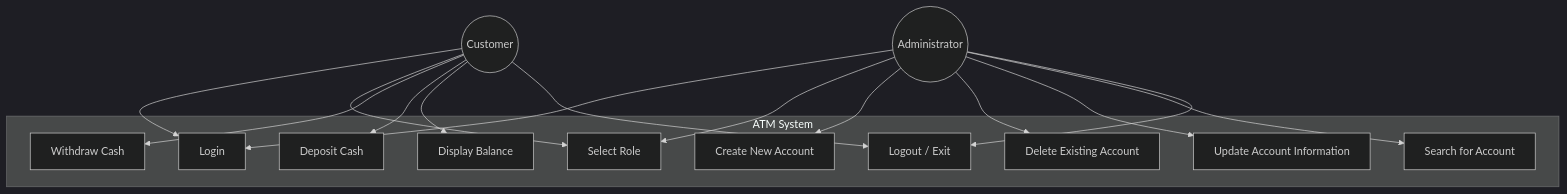
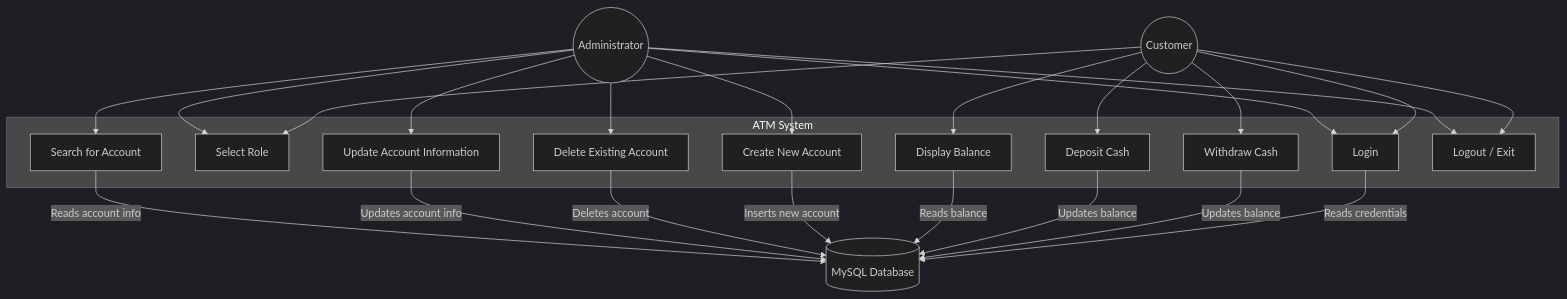
The first of 5 diagrams in DIAGRAMS.md (rfaris27/MidTermExam), drawn with Mermaid (dark theme) before and after one commit.

Commit message:
updated diagrams file

````diff
--- a/DIAGRAMS.md
+++ b/DIAGRAMS.md
@@ -9,33 +9,43 @@
 ```mermaid
 graph TD
     subgraph ATM System
         UC1[Login]
+        UC9[Select Role]
         UC2[Withdraw Cash]
         UC3[Deposit Cash]
         UC4[Display Balance]
         UC5[Create New Account]
         UC6[Delete Existing Account]
         UC7[Update Account Information]
         UC8[Search for Account]
-        UC9[Select Role]
         UC10[Logout / Exit]
     end
 
     Customer((Customer))
     Admin((Administrator))
+    DB[(MySQL Database)]
 
     Customer --> UC1
     Customer --> UC9
     Customer --> UC2
     Customer --> UC3
     Customer --> UC4
     Customer --> UC10
 
     Admin --> UC1
     Admin --> UC9
     Admin --> UC5
     Admin --> UC6
     Admin --> UC7
     Admin --> UC8
     Admin --> UC10
+
+    UC1 -- "Reads credentials" --> DB
+    UC2 -- "Updates balance" --> DB
+    UC3 -- "Updates balance" --> DB
+    UC4 -- "Reads balance" --> DB
+    UC5 -- "Inserts new account" --> DB
+    UC6 -- "Deletes account" --> DB
+    UC7 -- "Updates account info" --> DB
+    UC8 -- "Reads account info" --> DB
 ```
````
